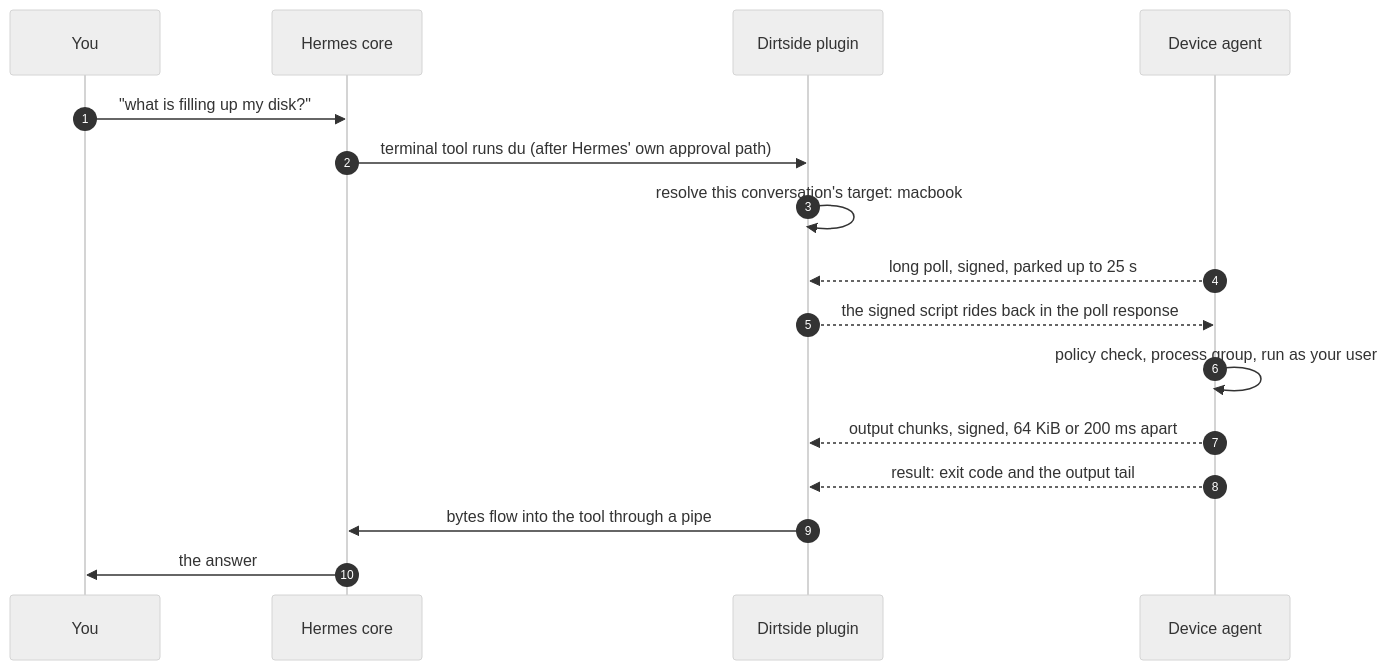
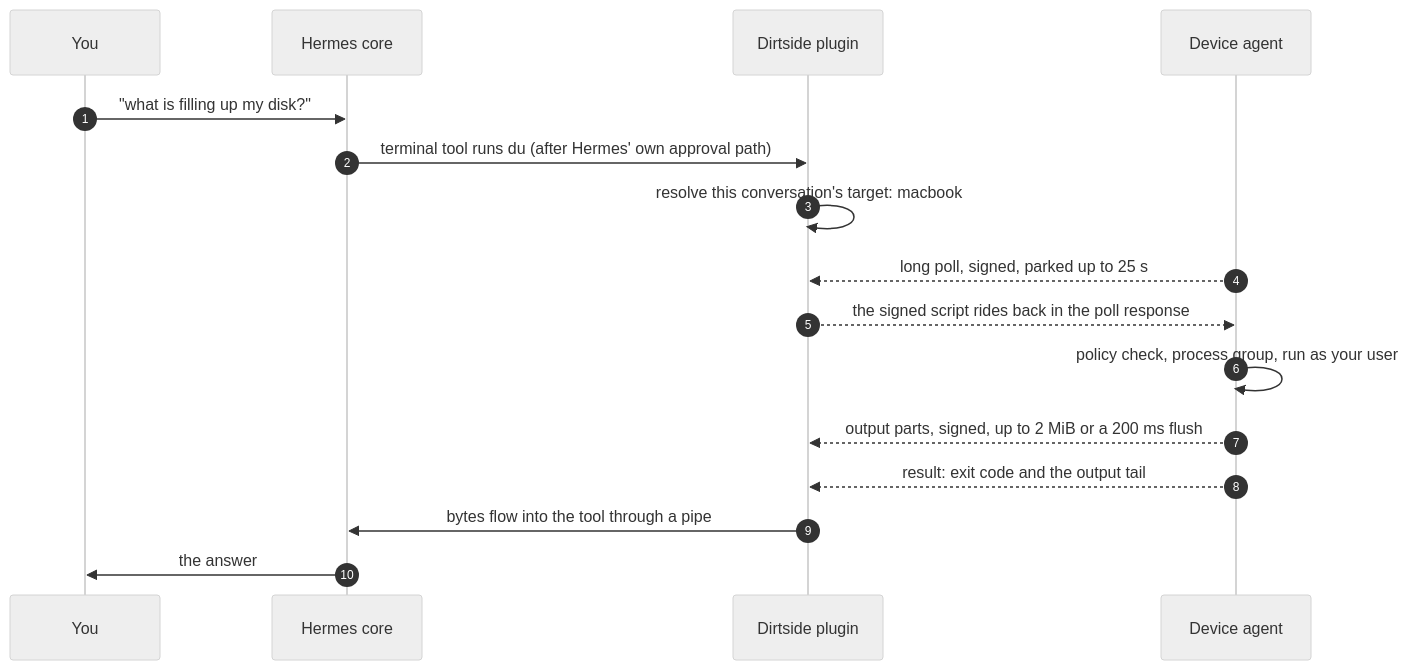
One commit to the-ai-entrepreneur-ai-hub/hermes-dirtside changed the diagram in README.md. Above: the diagram before and after it, drawn with Mermaid. The commit also changed other lines of this file and 55 other files, not shown here.

First line of the commit message:
Send output in 2 MiB parts, stop orphaned work at the next poll and tighten the owner and default rules

````diff
--- a/README.md
+++ b/README.md
@@ -155,19 +157,19 @@
 ```mermaid
 %%{init: {"theme": "neutral"}}%%
 sequenceDiagram
     autonumber
     participant U as You
     participant H as Hermes core
     participant P as Dirtside plugin
     participant A as Device agent
     U->>H: "what is filling up my disk?"
     H->>P: terminal tool runs du (after Hermes' own approval path)
     P->>P: resolve this conversation's target: macbook
     A-->>P: long poll, signed, parked up to 25 s
     P-->>A: the signed script rides back in the poll response
     A->>A: policy check, process group, run as your user
-    A-->>P: output chunks, signed, 64 KiB or 200 ms apart
+    A-->>P: output parts, signed, up to 2 MiB or a 200 ms flush
     A-->>P: result: exit code and the output tail
     P->>H: bytes flow into the tool through a pipe
     H->>U: the answer
 ```
````
